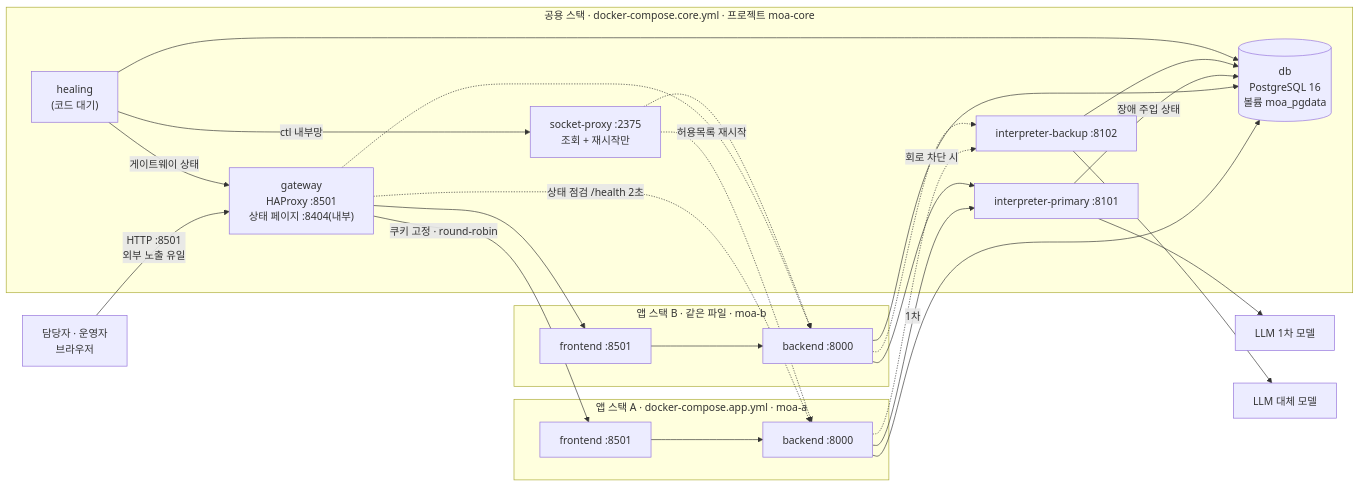
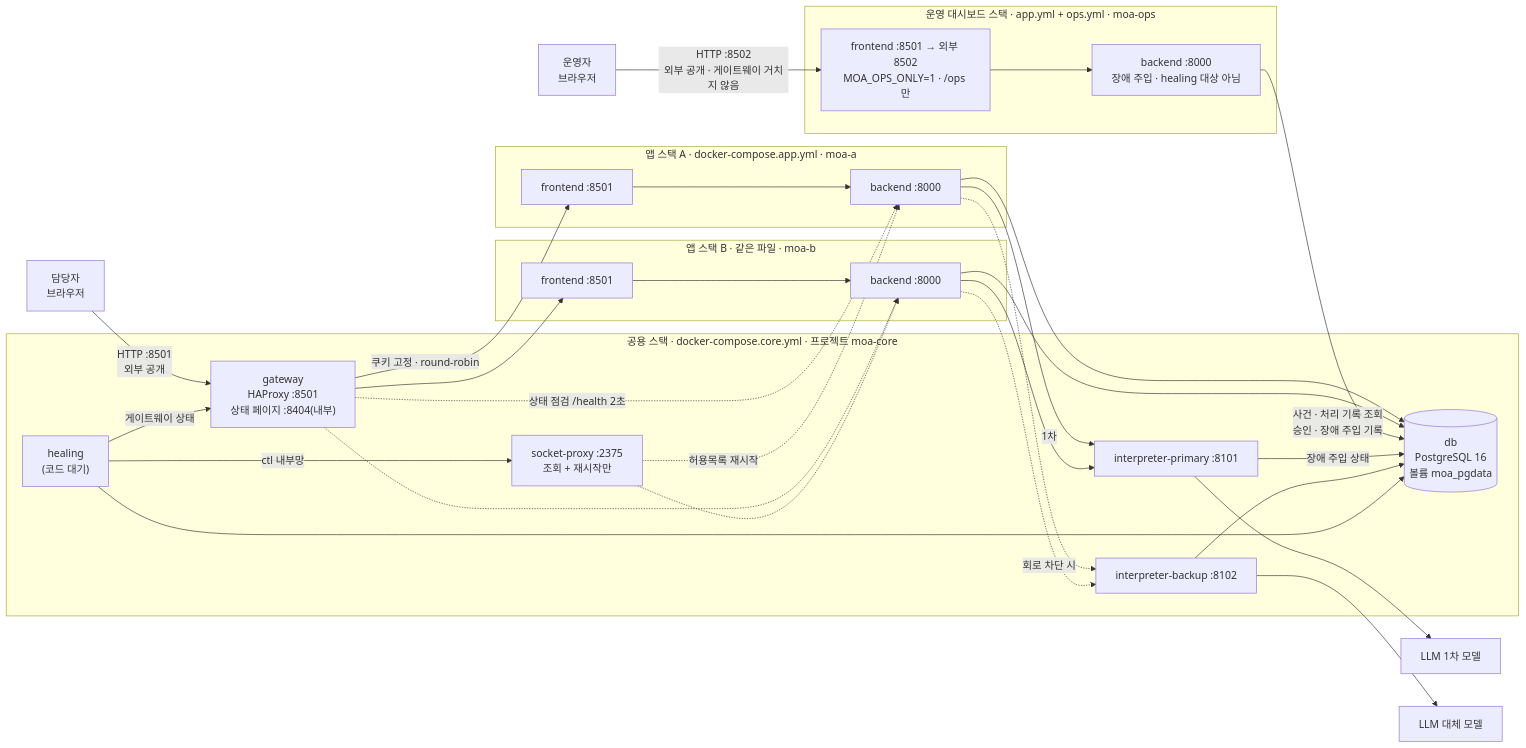
One commit to 931njhthe-star/moa changed the diagram in docs/시스템정의서.md. Above: the diagram before and after it, drawn with Mermaid. The commit also changed other lines of this file, not shown here.

Commit message:
[문서] 시스템정의서 2.1 구성도에 운영 대시보드 스택 moa-ops 추가
- 운영자 브라우저 → :8502 → moa-ops frontend(MOA_OPS_ONLY · /ops 만) → backend → db
- 게이트웨이 · healing 과 연결선이 없다는 것을 그림과 설명 한 줄로 보인다
- 담당자 브라우저 화살표의 "외부 노출 유일"을 "외부 공개"로 (이제 8501 · 8502 둘)

````diff
--- a/docs/시스템정의서.md
+++ b/docs/시스템정의서.md
@@ -78,40 +78,45 @@
 ```mermaid
 flowchart LR
-    U["담당자 · 운영자<br/>브라우저"] -->|"HTTP :8501<br/>외부 노출 유일"| G
+    U["담당자<br/>브라우저"] -->|"HTTP :8501<br/>외부 공개"| G
+    O["운영자<br/>브라우저"] -->|"HTTP :8502<br/>외부 공개 · 게이트웨이 거치지 않음"| FO
 
     subgraph CORE["공용 스택 · docker-compose.core.yml · 프로젝트 moa-core"]
         G["gateway<br/>HAProxy :8501<br/>상태 페이지 :8404(내부)"]
         DB[("db<br/>PostgreSQL 16<br/>볼륨 moa_pgdata")]
         IP["interpreter-primary :8101"]
         IB["interpreter-backup :8102"]
         HL["healing<br/>(코드 대기)"]
         SP["socket-proxy :2375<br/>조회 + 재시작만"]
     end
     subgraph A["앱 스택 A · docker-compose.app.yml · moa-a"]
         FA["frontend :8501"] --> BA["backend :8000"]
     end
     subgraph B["앱 스택 B · 같은 파일 · moa-b"]
         FB["frontend :8501"] --> BB["backend :8000"]
     end
+    subgraph OPS["운영 대시보드 스택 · app.yml + ops.yml · moa-ops"]
+        FO["frontend :8501 → 외부 8502<br/>MOA_OPS_ONLY=1 · /ops 만"] --> BO["backend :8000<br/>장애 주입 · healing 대상 아님"]
+    end
 
     G -->|"쿠키 고정 · round-robin"| FA
     G --> FB
     G -.->|"상태 점검 /health 2초"| BA
     G -.-> BB
     BA --> DB
     BB --> DB
+    BO -->|"사건 · 처리 기록 조회<br/>승인 · 장애 주입 기록"| DB
     BA -->|"1차"| IP
     BA -.->|"회로 차단 시"| IB
     BB --> IP
     BB -.-> IB
     IP -->|"장애 주입 상태"| DB
     IB --> DB
     HL --> DB
     HL -->|"게이트웨이 상태"| G
     HL -->|"ctl 내부망"| SP
     SP -.->|"허용목록 재시작"| BA
     SP -.-> BB
 
     IP --> LLM1["LLM 1차 모델"]
     IB --> LLM2["LLM 대체 모델"]
 ```
````
